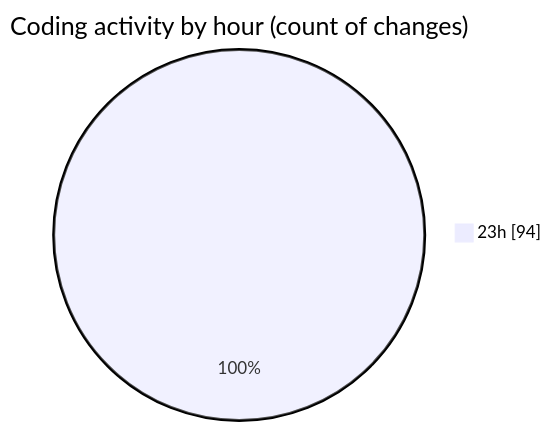
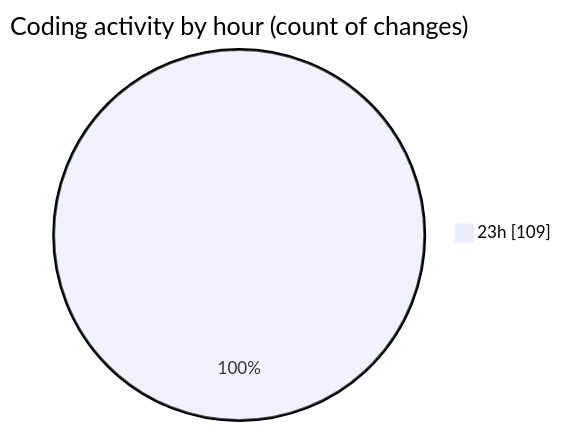
Before and after one commit to Ritupan-Deka/code-tracking: the second of 2 diagrams in 2025-07-31/javascript/README.md, drawn with Mermaid. The commit also changed other lines of this file and 1 other file, not shown here.

````diff
--- a/2025-07-31/javascript/README.md
+++ b/2025-07-31/javascript/README.md
@@ -29,5 +29,5 @@
 ```mermaid
 pie showData
 title Coding activity by hour (count of changes)
-"23h" : 94
+"23h" : 109
 ```
````
